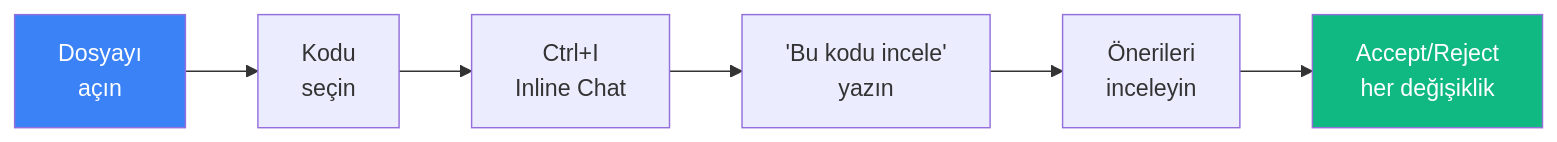
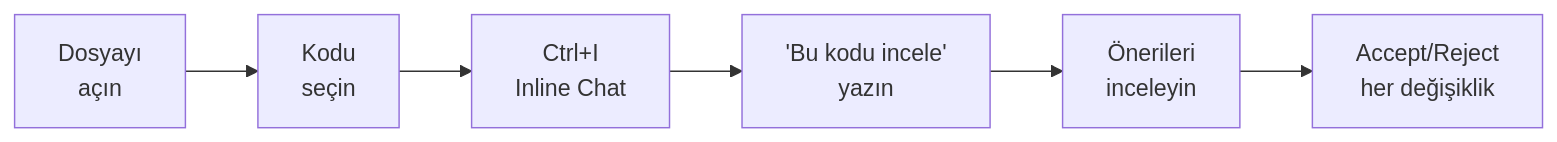
Before and after one commit to IzzetYasinAtes/ClaudeCodeHandbook: the fourth of 4 diagrams in 15-entegrasyonlar/01-vs-code-entegrasyonu.md, drawn with Mermaid. The commit also changed other lines of this file and 97 other files, not shown here.

Commit message:
Remove all custom Mermaid style/fill colors from 98 markdown files for consistent dark theme rendering

````diff
--- a/15-entegrasyonlar/01-vs-code-entegrasyonu.md
+++ b/15-entegrasyonlar/01-vs-code-entegrasyonu.md
@@ -177,11 +173,9 @@
 ```mermaid
 flowchart LR
     A["Dosyayı<br/>açın"] --> B["Kodu<br/>seçin"]
     B --> C["Ctrl+I<br/>Inline Chat"]
     C --> D["'Bu kodu incele'<br/>yazın"]
     D --> E["Önerileri<br/>inceleyin"]
     E --> F["Accept/Reject<br/>her değişiklik"]
 
-    style A fill:#3B82F6,color:#fff
-    style F fill:#10B981,color:#fff
 ```
````
